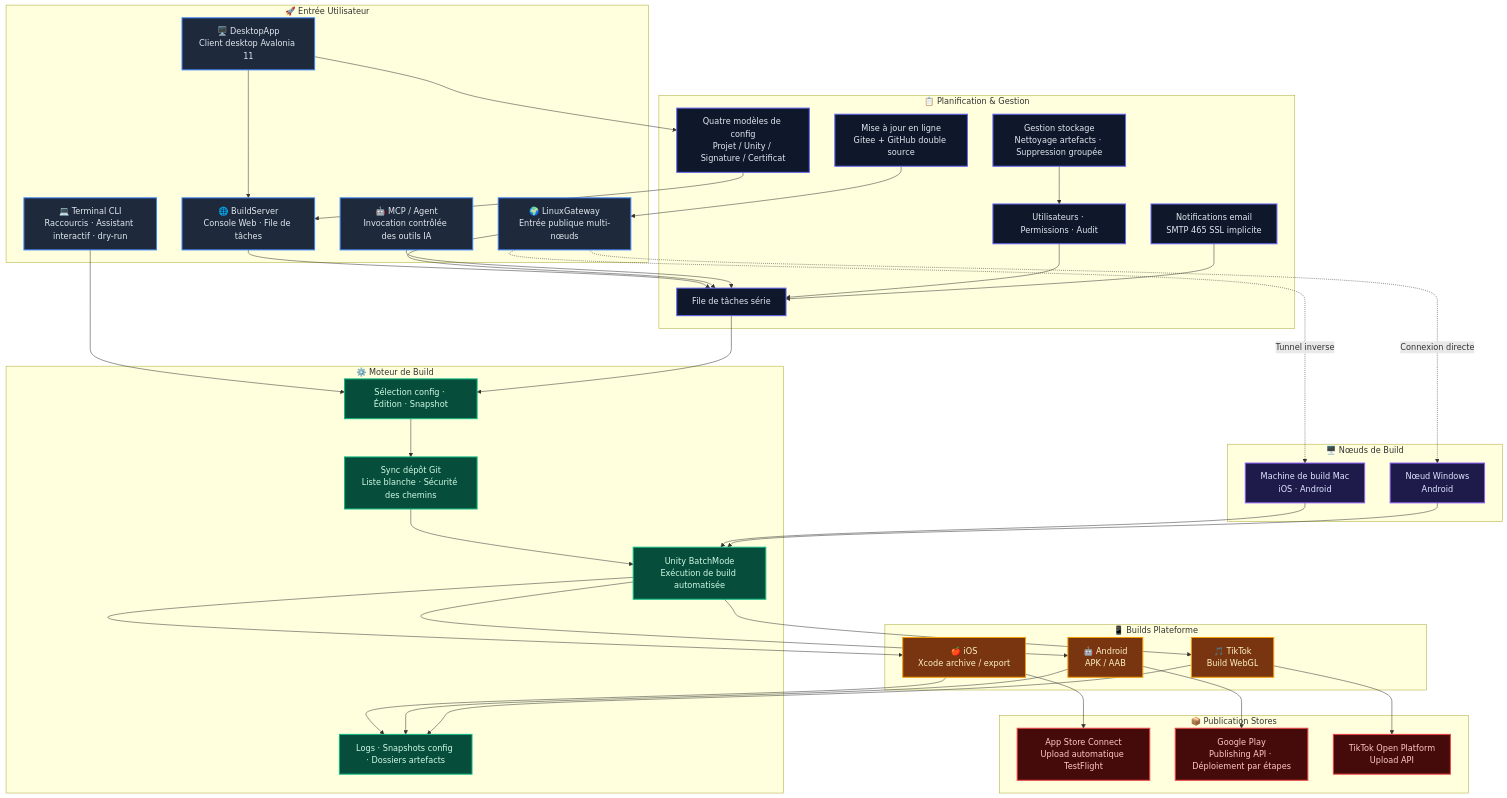
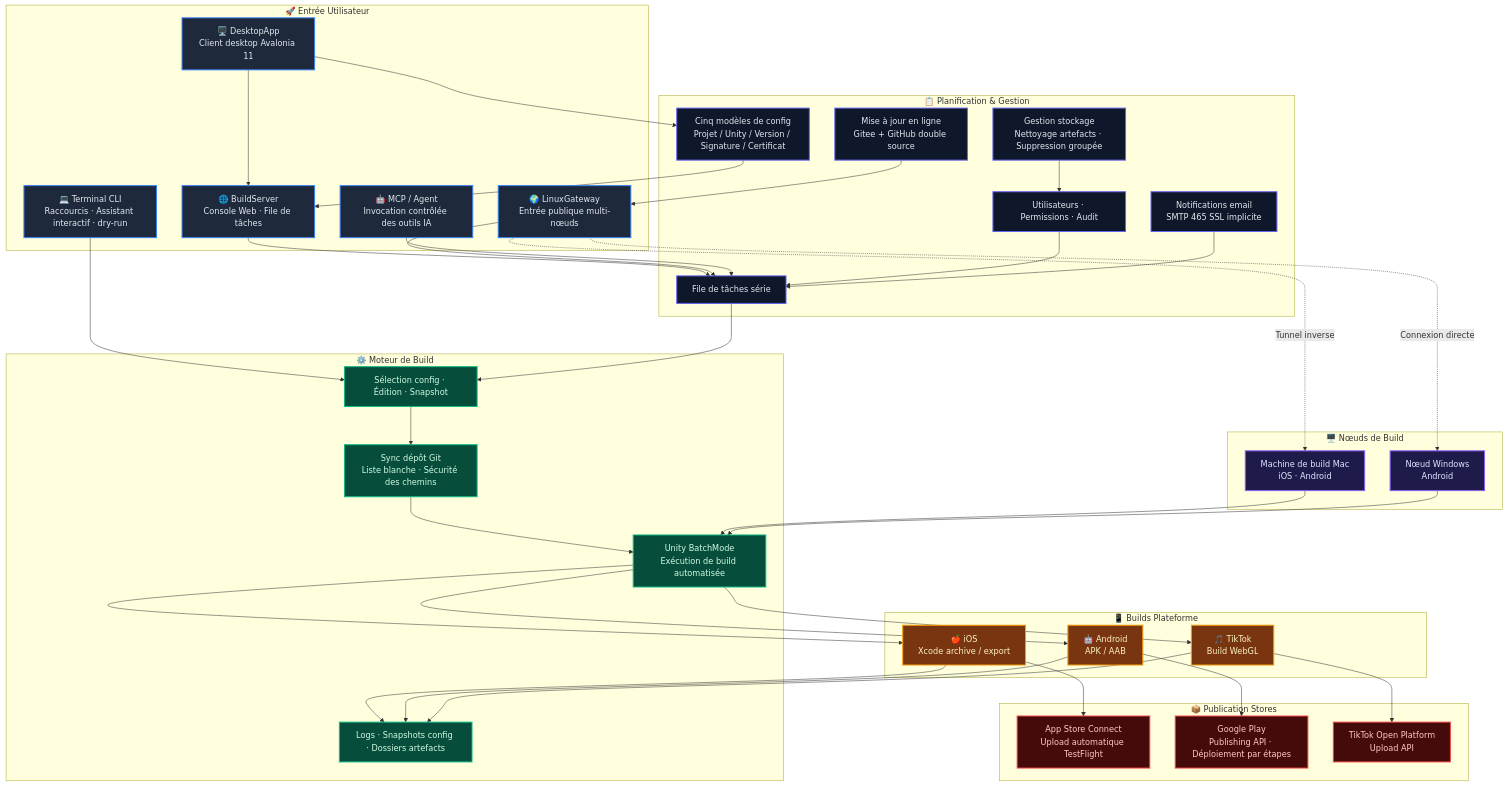
The diagram in README.fr.md (chenfengyimei/AutomationUnityBuild), drawn with Mermaid before and after one commit. The commit also changed other lines of this file and 6 other files, not shown here.

```diff
--- a/README.fr.md
+++ b/README.fr.md
@@ -128,7 +160,7 @@
         Auth["Utilisateurs · Permissions · Audit"]
         Email["Notifications email<br/>SMTP 465 SSL implicite"]
         Storage["Gestion stockage<br/>Nettoyage artefacts · Suppression groupée"]
-        Templates["Quatre modèles de config<br/>Projet / Unity / Signature / Certificat"]
+        Templates["Cinq modèles de config<br/>Projet / Unity / Version / Signature / Certificat"]
         AutoUpdate["Mise à jour en ligne<br/>Gitee + GitHub double source"]
     end
 
```
